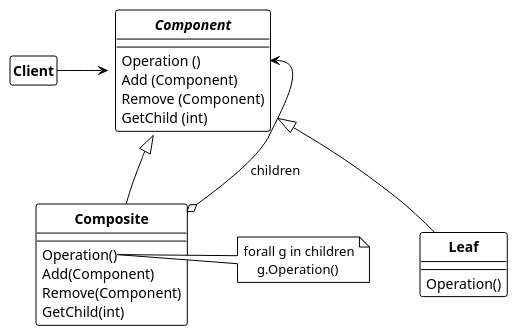
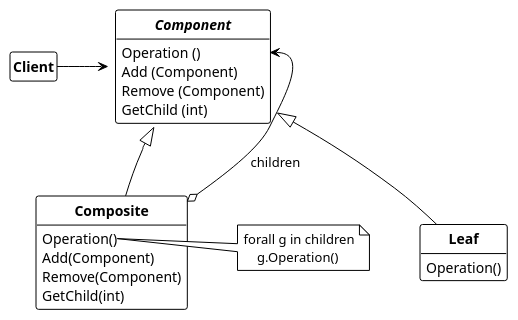
Before and after one commit to dst80/design-patterns: the diagram in structural_pattern/composite/composite.md, drawn with PlantUML. The commit also changed 10 other files, not shown here.

````diff
--- a/structural_pattern/composite/composite.md
+++ b/structural_pattern/composite/composite.md
@@ -20,41 +20,42 @@
 ```plantuml
 @startuml composite
 !theme plain
 skinparam nodesep 50
 skinparam ranksep 50
 hide circle
+hide fields
 class "**Client**" as client {}
 hide client members
 
-class "//**Component**//" as component {
+interface "**Component**" as component {
     Operation ()
     Add (Component)
     Remove (Component)
     GetChild (int)
 }
 together {
     class "**Leaf**" as leaf {
         Operation()
     }
     class "**Composite**" as composite {
         Operation()
         Add(Component)
         Remove(Component)
         GetChild(int)
     }
 
     note right of composite::Operation
         forall g in children
             g.Operation()
     end note 
 
     component <|--d leaf
     component <|--d composite
 }
 
 client -r--> component
 component::Operation <--o composite : children
 
 
 @enduml
 ```
````
